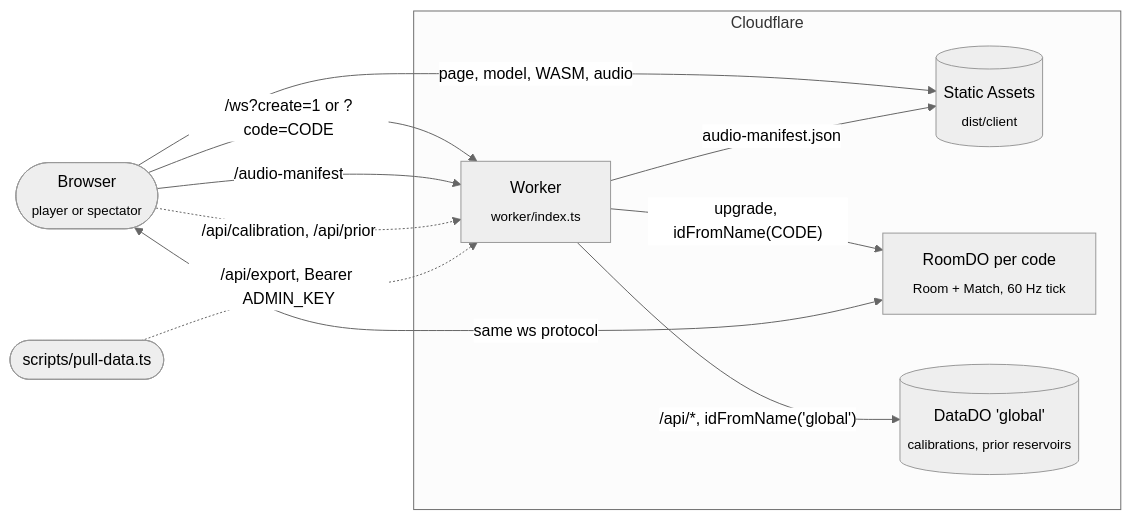
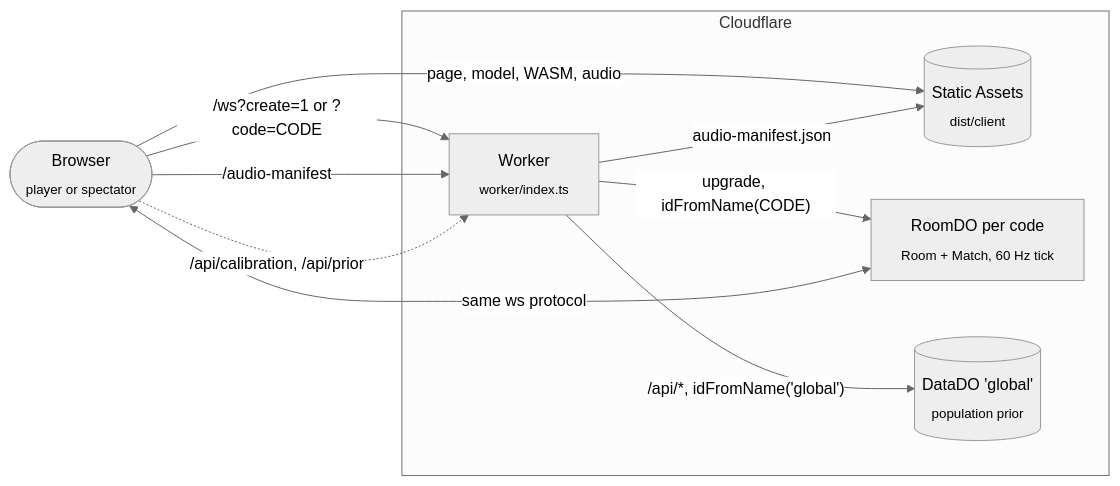
Before and after one commit to teddycitrus/shadow-box: the second of 4 diagrams in README.md, drawn with Mermaid (neutral theme). The commit also changed other lines of this file and 5 other files, not shown here.

````diff
--- a/README.md
+++ b/README.md
@@ -115,20 +115,18 @@
 ```mermaid
 flowchart LR
   C(["Browser<br/><sub>player or spectator</sub>"])
   subgraph CF["Cloudflare"]
     W["Worker<br/><sub>worker/index.ts</sub>"]
     A[("Static Assets<br/><sub>dist/client</sub>")]
     DO["RoomDO per code<br/><sub>Room + Match, 60 Hz tick</sub>"]
-    DD[("DataDO 'global'<br/><sub>calibrations, prior reservoirs</sub>")]
+    DD[("DataDO 'global'<br/><sub>population prior</sub>")]
   end
-  Admin(["scripts/pull-data.ts"])
   C -->|"page, model, WASM, audio"| A
   C -->|"/ws?create=1 or ?code=CODE"| W
   C -->|"/audio-manifest"| W
   C -.->|"/api/calibration, /api/prior"| W
   W -->|"audio-manifest.json"| A
   W -->|"upgrade, idFromName(CODE)"| DO
   W -->|"/api/*, idFromName('global')"| DD
   DO <-->|"same ws protocol"| C
-  Admin -.->|"/api/export, Bearer ADMIN_KEY"| W
 ```
````
